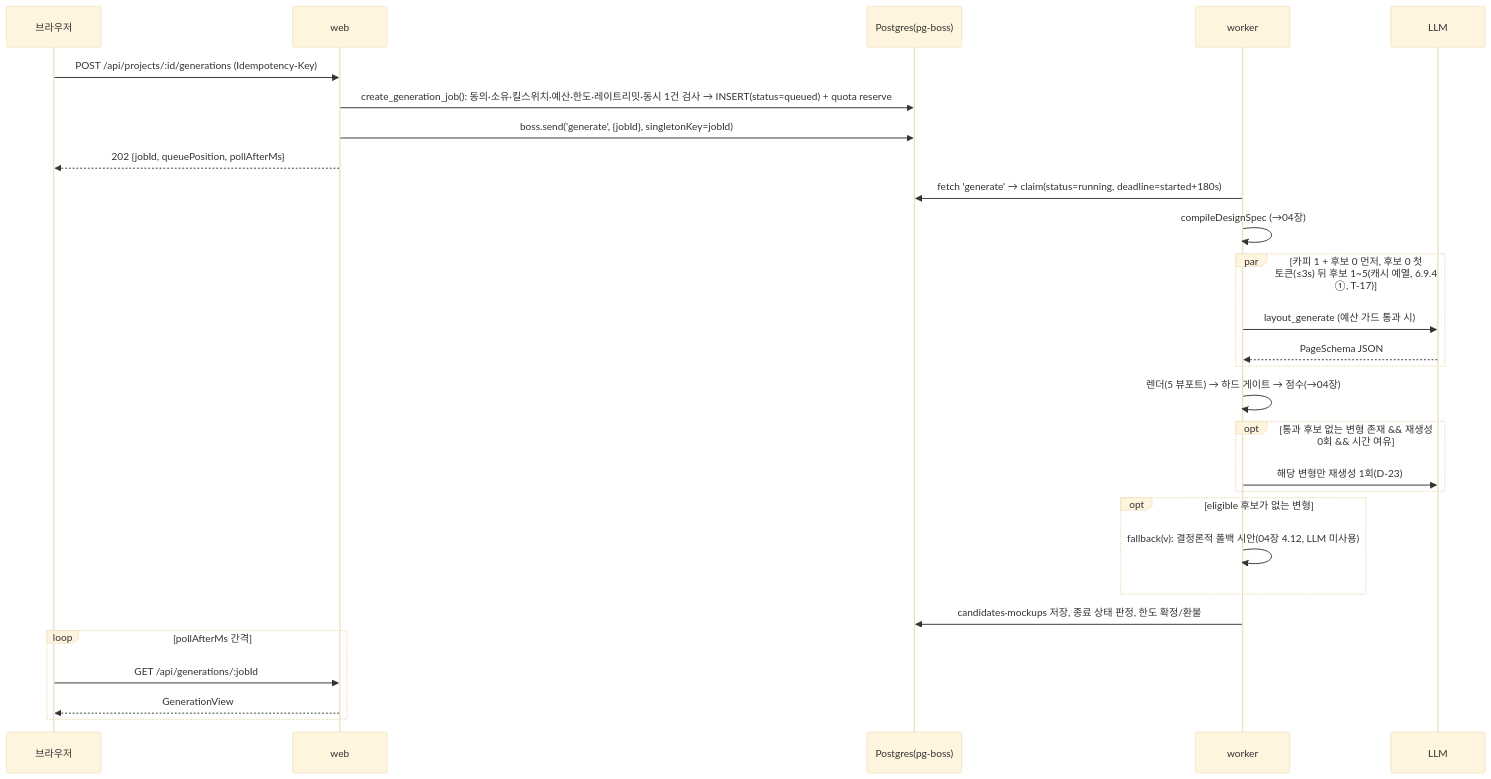
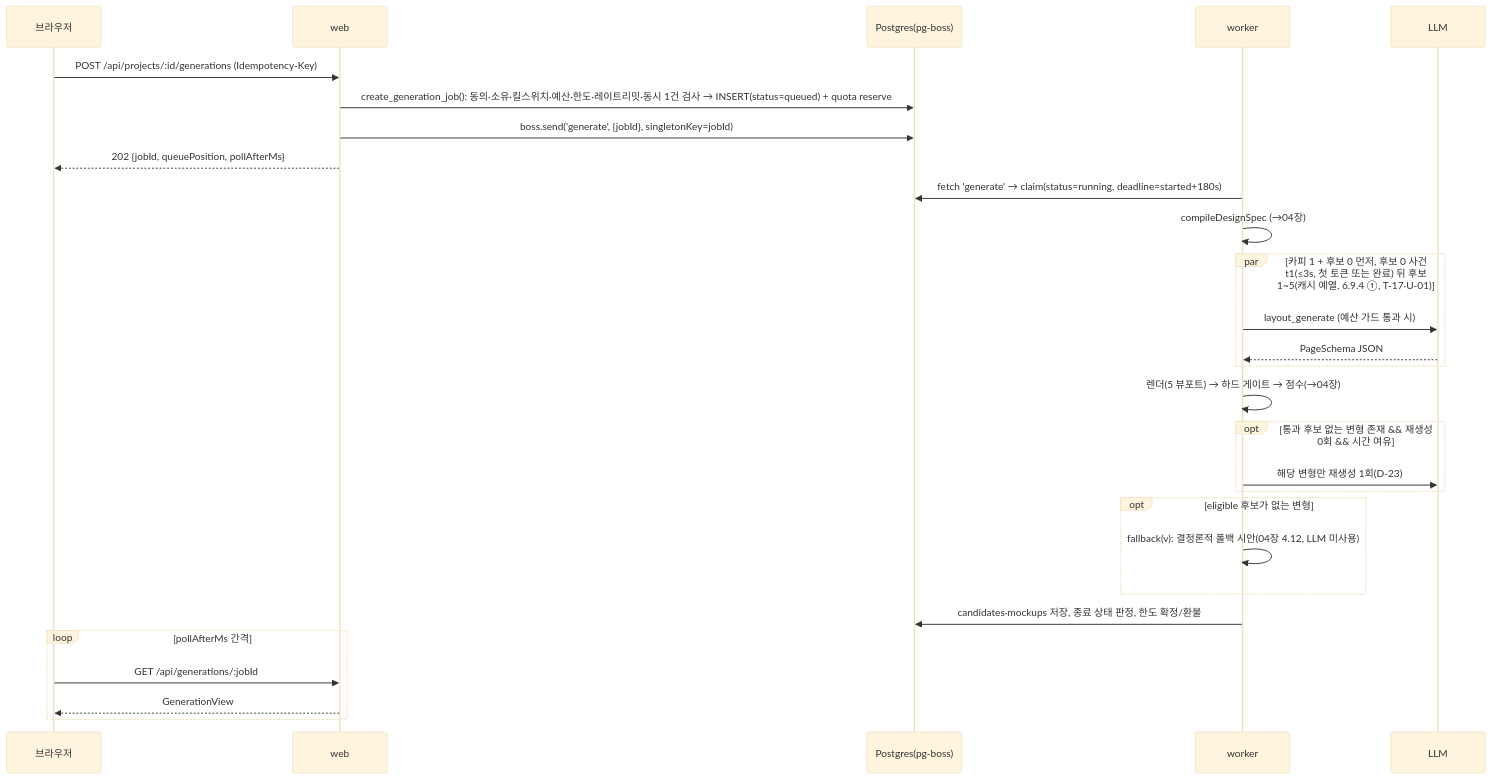
One commit to sung1842/AutoDesignWeb changed the third of 4 diagrams in docs/spec/v2/06_architecture.md. Above: the diagram before and after it, drawn with Mermaid (base theme). The commit also changed other lines of this file and 2 other files, not shown here.

````diff
--- a/docs/spec/v2/06_architecture.md
+++ b/docs/spec/v2/06_architecture.md
@@ -157,30 +157,30 @@
 ```mermaid
 sequenceDiagram
   participant C as 브라우저
   participant W as web
   participant D as Postgres(pg-boss)
   participant K as worker
   participant L as LLM
   C->>W: POST /api/projects/:id/generations (Idempotency-Key)
   W->>D: create_generation_job(): 동의·소유·킬스위치·예산·한도·레이트리밋·동시 1건 검사 → INSERT(status=queued) + quota reserve
   W->>D: boss.send('generate', {jobId}, singletonKey=jobId)
   W-->>C: 202 {jobId, queuePosition, pollAfterMs}
   K->>D: fetch 'generate' → claim(status=running, deadline=started+180s)
   K->>K: compileDesignSpec (→04장)
-  par 카피 1 + 후보 0 먼저, 후보 0 첫 토큰(≤3s) 뒤 후보 1~5(캐시 예열, 6.9.4 ①, T-17)
+  par 카피 1 + 후보 0 먼저, 후보 0 사건 t1(≤3s, 첫 토큰 또는 완료) 뒤 후보 1~5(캐시 예열, 6.9.4 ①, T-17·U-01)
     K->>L: layout_generate (예산 가드 통과 시)
     L-->>K: PageSchema JSON
   end
   K->>K: 렌더(5 뷰포트) → 하드 게이트 → 점수(→04장)
   opt 통과 후보 없는 변형 존재 && 재생성 0회 && 시간 여유
     K->>L: 해당 변형만 재생성 1회(D-23)
   end
   opt eligible 후보가 없는 변형
     K->>K: fallback(v): 결정론적 폴백 시안(04장 4.12, LLM 미사용)
   end
   K->>D: candidates·mockups 저장, 종료 상태 판정, 한도 확정/환불
   loop pollAfterMs 간격
     C->>W: GET /api/generations/:jobId
     W-->>C: GenerationView
   end
 ```
````
